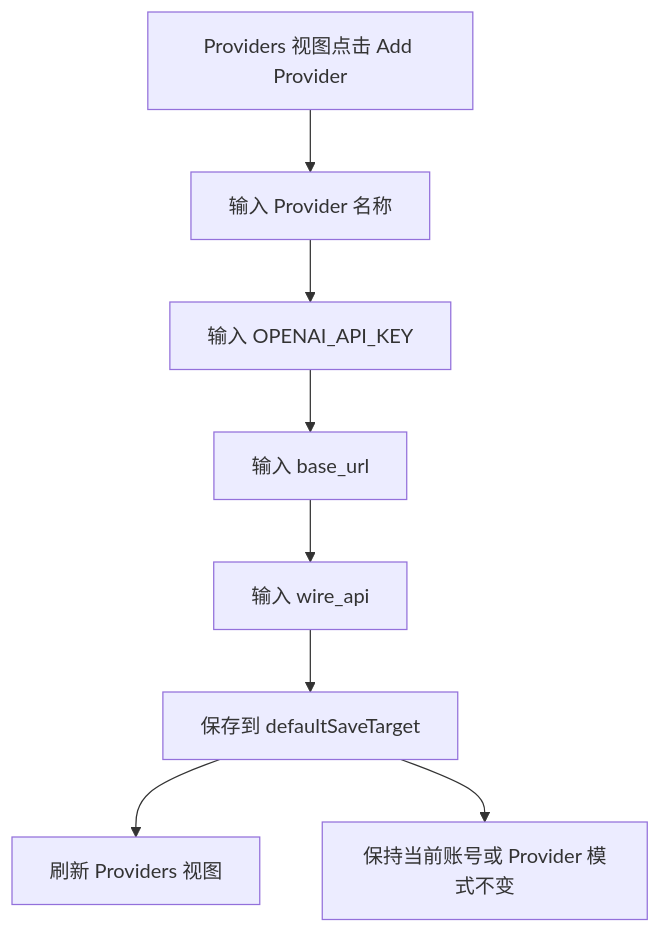
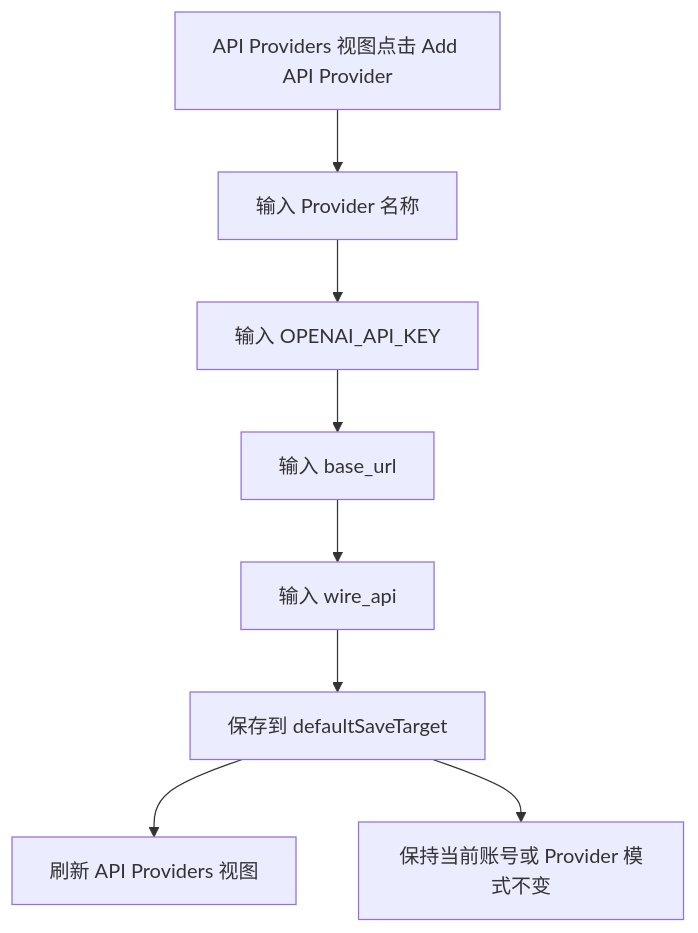
The diagram in docs/cases/add-provider.md (ShawBob001/codex-routesync), drawn with Mermaid before and after one commit. The commit also changed other lines of this file and 23 other files, not shown here.

````diff
--- a/docs/cases/add-provider.md
+++ b/docs/cases/add-provider.md
@@ -3,10 +3,10 @@
 ```mermaid
 flowchart TD
-  A[Providers 视图点击 Add Provider] --> B[输入 Provider 名称]
+  A[API Providers 视图点击 Add API Provider] --> B[输入 Provider 名称]
   B --> C[输入 OPENAI_API_KEY]
   C --> D[输入 base_url]
   D --> E[输入 wire_api]
   E --> F[保存到 defaultSaveTarget]
-  F --> G[刷新 Providers 视图]
+  F --> G[刷新 API Providers 视图]
   F --> H[保持当前账号或 Provider 模式不变]
 ```
````
